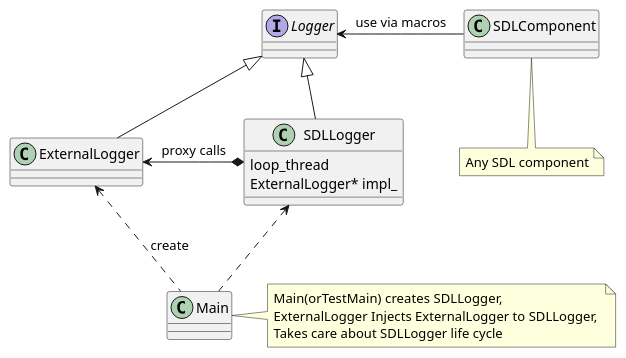
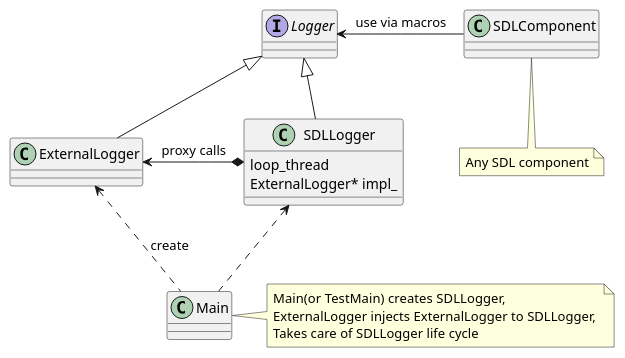
The diagram in docs/Developer Documentation/Logger/assets/high_level_design.puml (smartdevicelink/sdl_core_guides), drawn with PlantUML before and after one commit. The commit also changed other lines of this file and 1 other file, not shown here.

```diff
--- a/docs/Developer Documentation/Logger/assets/high_level_design.puml
+++ b/docs/Developer Documentation/Logger/assets/high_level_design.puml
@@ -1,34 +1,34 @@
 @startuml
 
 
 
 interface Logger
 
 class SDLLogger {
   loop_thread
   ExternalLogger* impl_
 }
 
 class ExternalLogger 
 
 
 SDLLogger -up-|> Logger
 ExternalLogger -up-|> Logger
 
 SDLLogger *-left-> ExternalLogger : proxy calls
 
 class SDLComponent
 SDLComponent -left-> Logger : use via macros
 note "Any SDL component" as N1
 SDLComponent .. N1
 
 class Main
 
 Main .up.> SDLLogger  
 Main  .up.> ExternalLogger : create
-note "Main(orTestMain) creates SDLLogger,  \n\
-ExternalLogger Injects ExternalLogger to SDLLogger, \n\
-Takes care about SDLLogger life cycle" as N2
+note "Main(or TestMain) creates SDLLogger,  \n\
+ExternalLogger injects ExternalLogger to SDLLogger, \n\
+Takes care of SDLLogger life cycle" as N2
 
 N2 .left. Main
 @enduml
```
